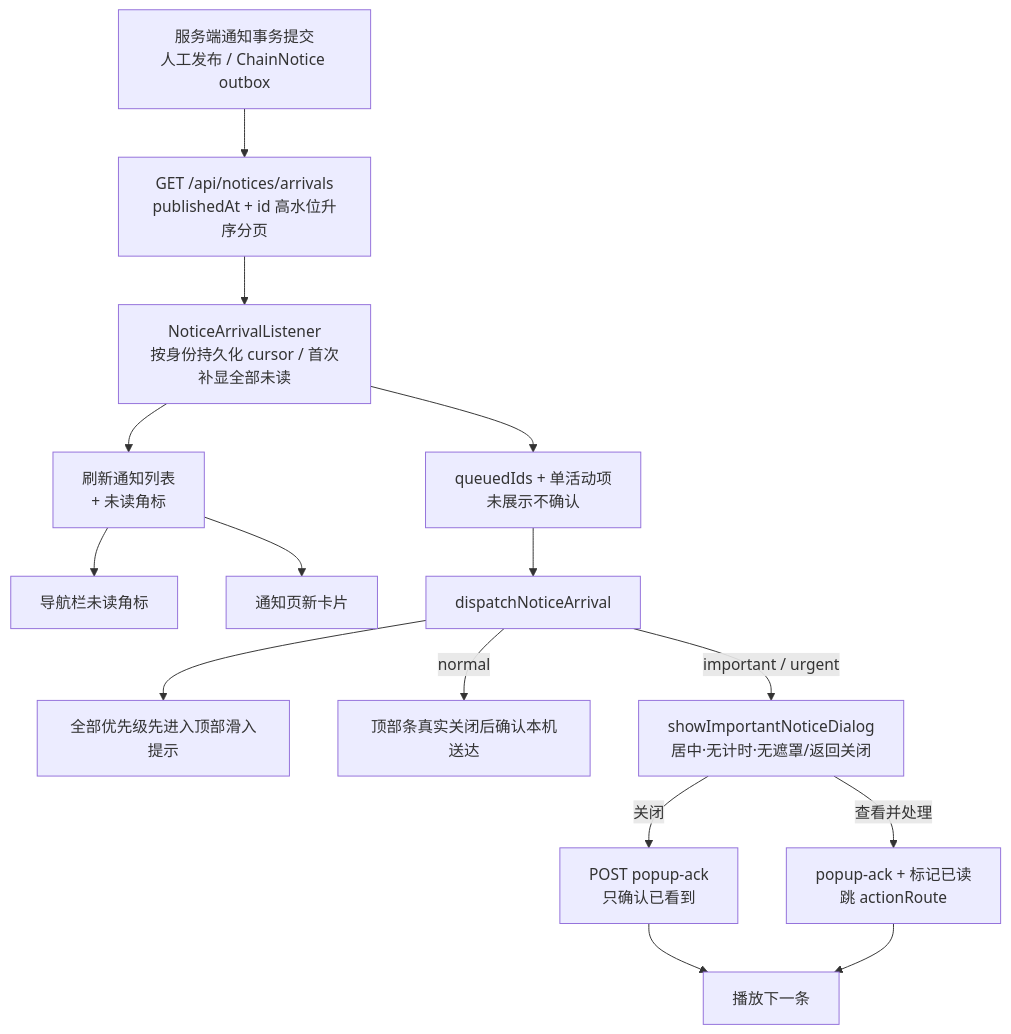
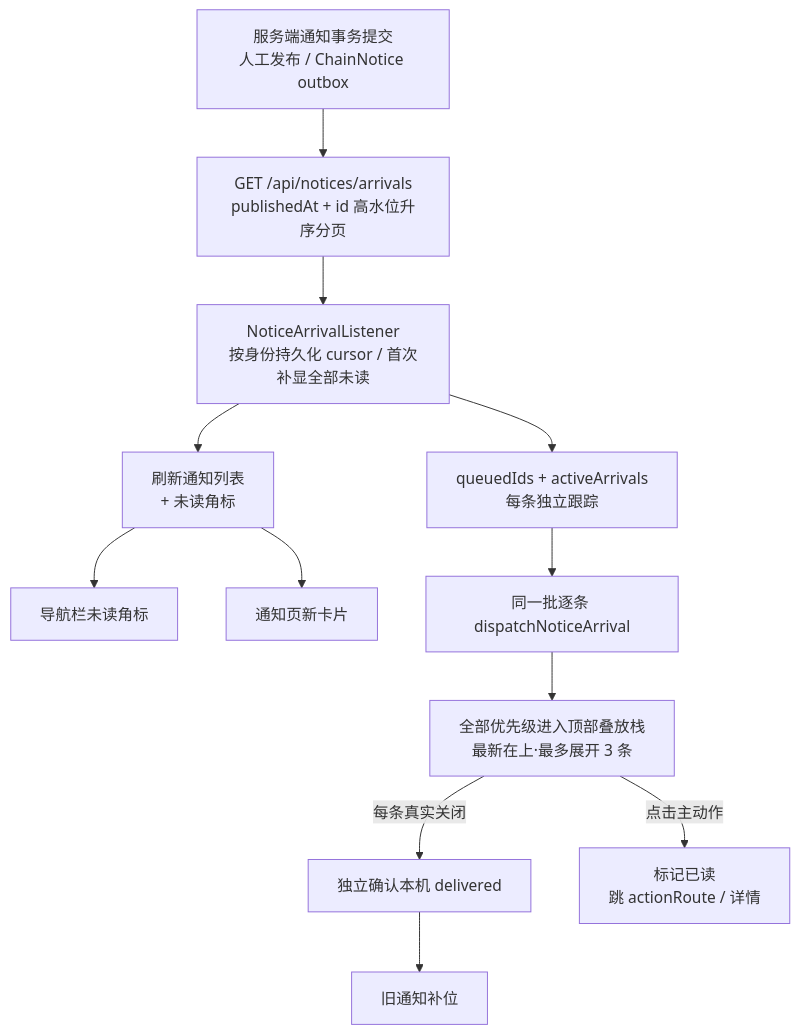
One commit to BruceChu0424/utenelec_imp changed the diagram in docs/02-组件库/UtenNotify.md. Above: the diagram before and after it, drawn with Mermaid. The commit also changed other lines of this file and 747 other files, not shown here.

````diff
--- a/docs/02-组件库/UtenNotify.md
+++ b/docs/02-组件库/UtenNotify.md
@@ -211,16 +210,14 @@
 ```mermaid
 flowchart TD
     T[服务端通知事务提交<br/>人工发布 / ChainNotice outbox] --> FEED[GET /api/notices/arrivals<br/>publishedAt + id 高水位升序分页]
     FEED --> BASE[NoticeArrivalListener<br/>按身份持久化 cursor / 首次补显全部未读]
     BASE --> INV[刷新通知列表<br/>+ 未读角标]
     INV --> BADGE[导航栏未读角标]
     INV --> LIST[通知页新卡片]
-    BASE --> QUEUE[queuedIds + 单活动项<br/>未展示不确认]
-    QUEUE --> DISP[dispatchNoticeArrival]
-    DISP --> TOP[全部优先级先进入顶部滑入提示]
-    DISP -->|normal| DELIVER[顶部条真实关闭后确认本机送达]
-    DISP -->|important / urgent| CENTER[showImportantNoticeDialog<br/>居中·无计时·无遮罩/返回关闭]
-    CENTER -->|关闭| ACK[POST popup-ack<br/>只确认已看到]
-    CENTER -->|查看并处理| READ[popup-ack + 标记已读<br/>跳 actionRoute]
-    ACK & READ --> NEXT[播放下一条]
+    BASE --> QUEUE[queuedIds + activeArrivals<br/>每条独立跟踪]
+    QUEUE --> DISP[同一批逐条 dispatchNoticeArrival]
+    DISP --> TOP[全部优先级进入顶部叠放栈<br/>最新在上·最多展开 3 条]
+    TOP -->|每条真实关闭| DELIVER[独立确认本机 delivered]
+    TOP -->|点击主动作| READ[标记已读<br/>跳 actionRoute / 详情]
+    DELIVER --> NEXT[旧通知补位]
 ```
````
